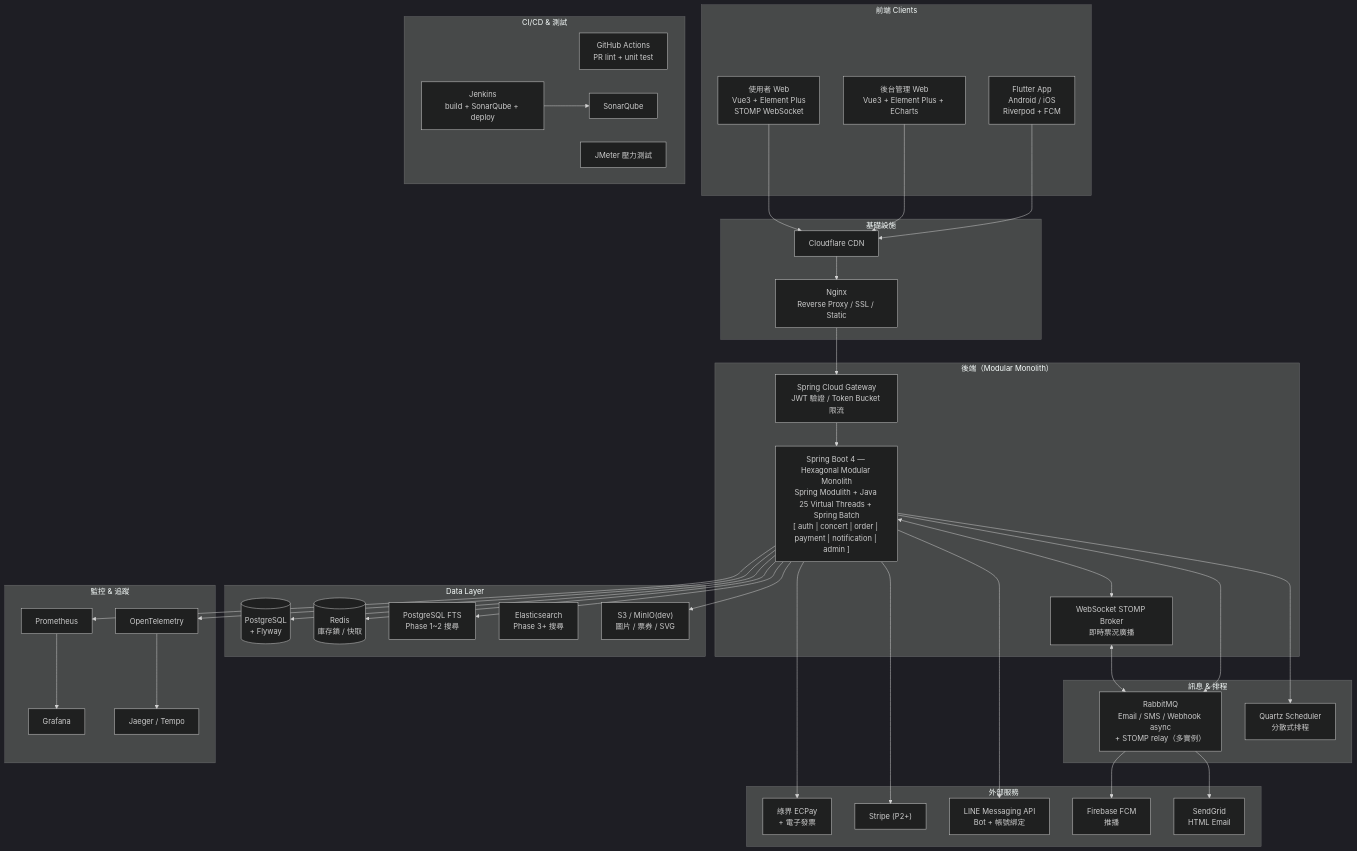
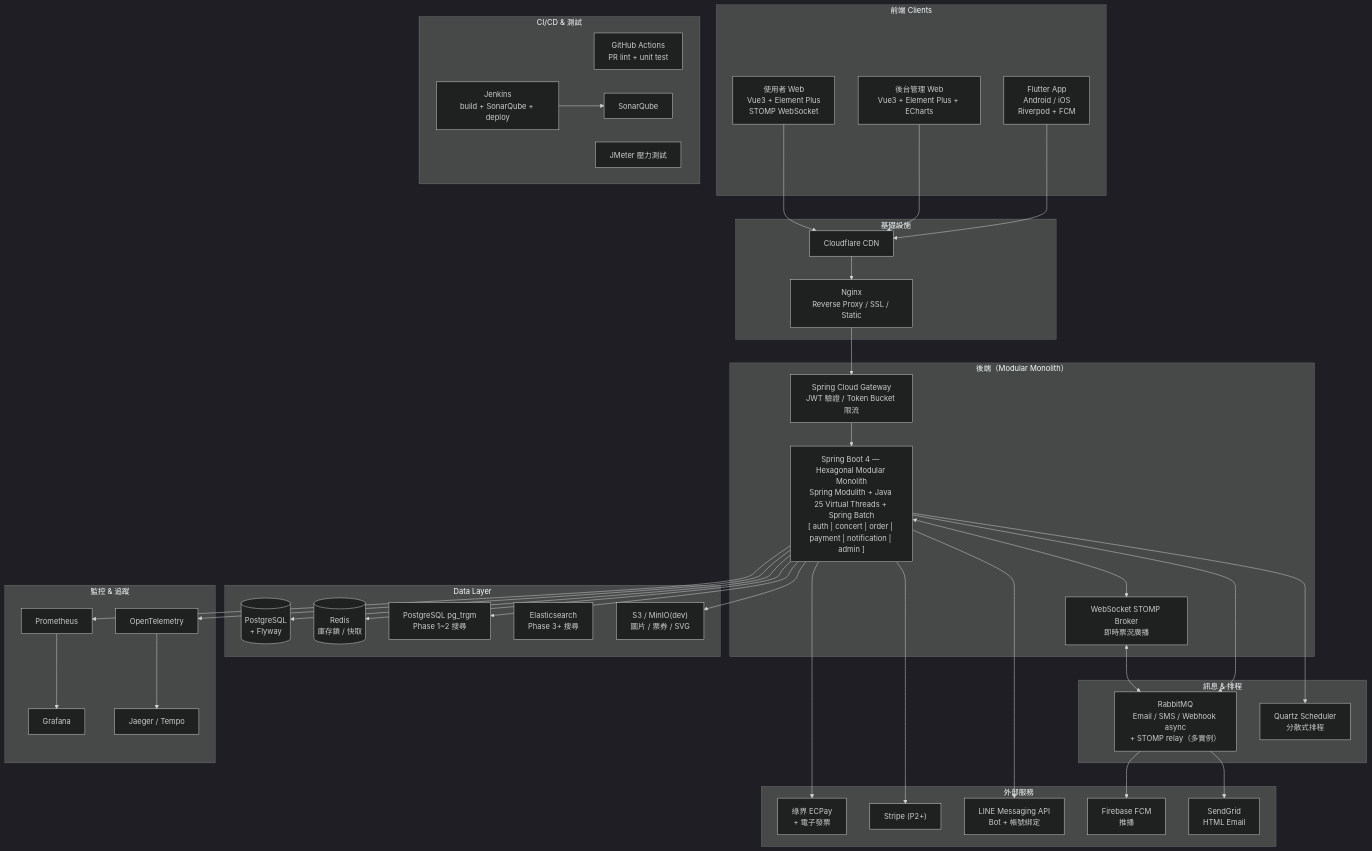
Before and after one commit to Ryan-Lan-c/livebeat: the diagram in docs/01-tech-stack.md, drawn with Mermaid (dark theme). The commit also changed other lines of this file and 2 other files, not shown here.

Commit message:
docs: 同步技術文件
- 03-data-model：ERD USER 欄位同步實作（UUID、auth_provider、enabled、created_by/updated_by）；補充 TIMESTAMPTZ、JPA Auditing、雙語 comment 技術備註
- 06-security：Token 規格改為 Sliding Session 說明；補充閒置登出機制與 idle timeout 設定方式

````diff
--- a/docs/01-tech-stack.md
+++ b/docs/01-tech-stack.md
@@ -168,64 +168,64 @@
 ```mermaid
 graph TB
     subgraph Clients["前端 Clients"]
         VueWeb["使用者 Web\nVue3 + Element Plus\nSTOMP WebSocket"]
         AdminWeb["後台管理 Web\nVue3 + Element Plus + ECharts"]
         FlutterApp["Flutter App\nAndroid / iOS\nRiverpod + FCM"]
     end
 
     subgraph CICD["CI/CD & 測試"]
         GHA["GitHub Actions\nPR lint + unit test"]
         Jenkins["Jenkins\nbuild + SonarQube + deploy"]
         JMeter["JMeter 壓力測試"]
         Sonar["SonarQube"]
         Jenkins --> Sonar
     end
 
     subgraph Infra["基礎設施"]
         CF["Cloudflare CDN"]
         Nginx["Nginx\nReverse Proxy / SSL / Static"]
     end
 
     subgraph Backend["後端（Modular Monolith）"]
         GW["Spring Cloud Gateway\nJWT 驗證 / Token Bucket 限流"]
         App["Spring Boot 4 — Hexagonal Modular Monolith\nSpring Modulith + Java 25 Virtual Threads + Spring Batch\n[ auth | concert | order | payment | notification | admin ]"]
         WS["WebSocket STOMP Broker\n即時票況廣播"]
     end
 
     subgraph Messaging["訊息 & 排程"]
         RMQ["RabbitMQ\nEmail / SMS / Webhook async\n+ STOMP relay（多實例）"]
         Quartz["Quartz Scheduler\n分散式排程"]
     end
 
     subgraph DataLayer["Data Layer"]
         PG[("PostgreSQL\n+ Flyway")]
         Redis[("Redis\n庫存鎖 / 快取")]
-        PGfts["PostgreSQL FTS\nPhase 1~2 搜尋"]
+        PGfts["PostgreSQL pg_trgm\nPhase 1~2 搜尋"]
         ES["Elasticsearch\nPhase 3+ 搜尋"]
         S3["S3 / MinIO(dev)\n圖片 / 票券 / SVG"]
     end
 
     subgraph External["外部服務"]
         ECPay["綠界 ECPay\n+ 電子發票"]
         Stripe["Stripe (P2+)"]
         LINE["LINE Messaging API\nBot + 帳號綁定"]
         FCM["Firebase FCM\n推播"]
         SendGrid["SendGrid\nHTML Email"]
     end
 
     subgraph Monitoring["監控 & 追蹤"]
         Prometheus --> Grafana
         OTel["OpenTelemetry"]
         OTel --> Jaeger["Jaeger / Tempo"]
     end
 
     VueWeb & AdminWeb & FlutterApp --> CF --> Nginx --> GW --> App
     App <--> WS
     WS <--> RMQ
     App --> RMQ --> SendGrid & FCM
     App --> Quartz
     App --> PG & Redis & PGfts & S3
     App --> ECPay & Stripe & LINE
     App --> OTel
     App --> Prometheus
 ```
````
